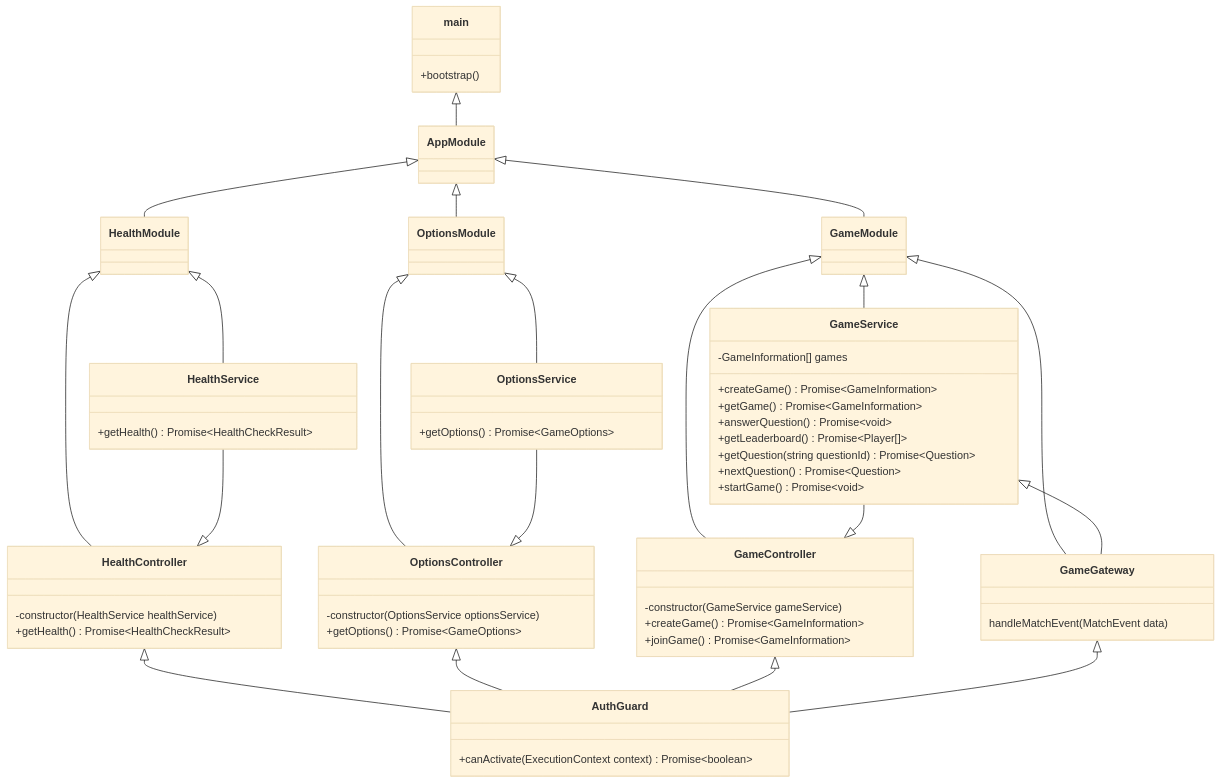
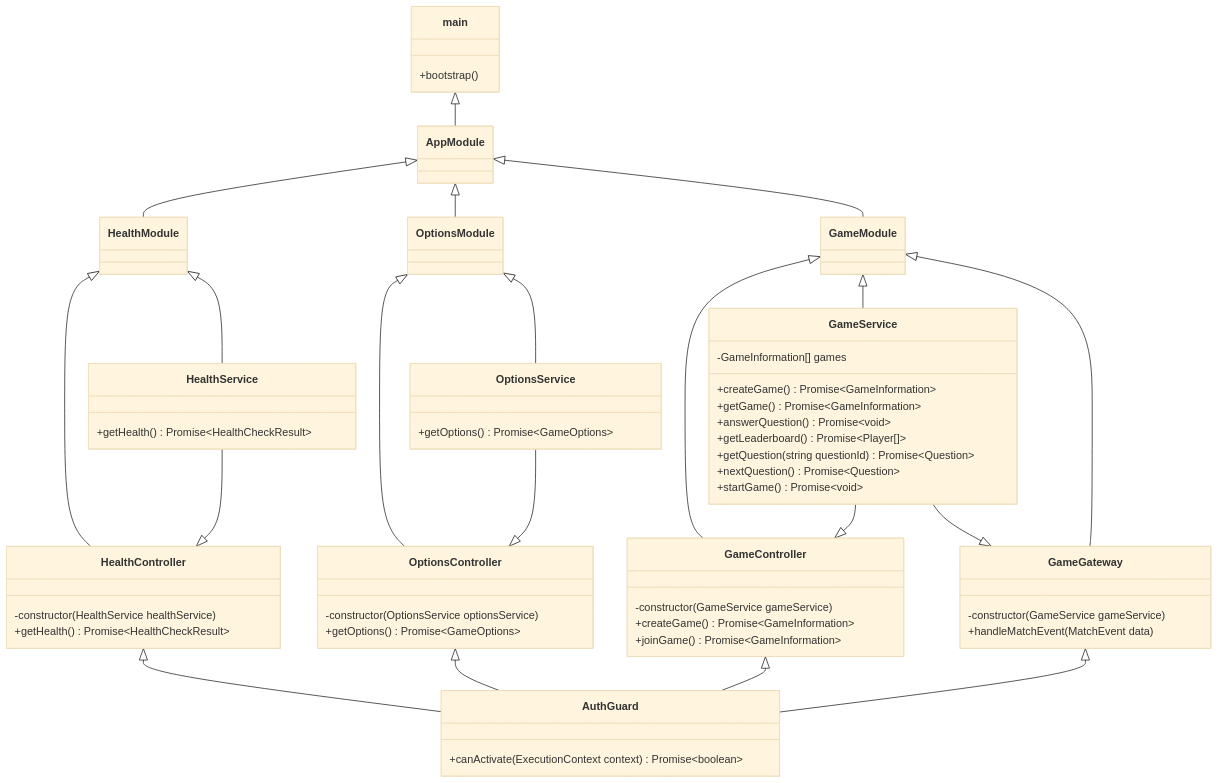
One commit to linusromlandITHS/Testing-and-TypeScript-Laboration-1 changed the diagram in docs/classDiagramAPI.md. Above: the diagram before and after it, drawn with Mermaid (base theme). The commit also changed 1 other file, not shown here.

Commit message:
Updated diagrams

````diff
--- a/docs/classDiagramAPI.md
+++ b/docs/classDiagramAPI.md
@@ -3,81 +3,82 @@
 ```mermaid
 classDiagram
     %% Startup function
     class main{
       +bootstrap()
     }
 
     %% Main Module
     class AppModule
 
     %% Guards
     class AuthGuard{
       +canActivate(ExecutionContext context) Promise~boolean~
     }
 
     class HealthModule
     class HealthController{
         -constructor(HealthService healthService)
         +getHealth() Promise~HealthCheckResult~
     }
     class HealthService{
         +getHealth() Promise~HealthCheckResult~
     }
 
     class OptionsModule
     class OptionsController{
         -constructor(OptionsService optionsService)
         +getOptions() Promise~GameOptions~
     }
     class OptionsService{
         +getOptions() Promise~GameOptions~
     }
 
     class GameModule
     class GameController{
         -constructor(GameService gameService)
         +createGame() Promise~GameInformation~
         +joinGame() Promise~GameInformation~
     }
     class GameGateway{
-        handleMatchEvent(MatchEvent data)
+        -constructor(GameService gameService)
+        +handleMatchEvent(MatchEvent data)
     }
     class GameService{
         -GameInformation[] games
         +createGame() Promise~GameInformation~
         +getGame() Promise~GameInformation~
         +answerQuestion() Promise~void~
         +getLeaderboard() Promise~Player[]~
         +getQuestion(string questionId) Promise~Question~
         +nextQuestion() Promise~Question~
         +startGame() Promise~void~
 
     }
 
     %% Relations
     main <|-- AppModule
     AppModule <|-- HealthModule
     AppModule <|-- OptionsModule
     AppModule <|-- GameModule
 
     HealthModule <|-- HealthController
     HealthModule <|-- HealthService
 
     HealthController <|-- AuthGuard
     HealthService --|> HealthController
 
     OptionsModule <|-- OptionsController
     OptionsModule <|-- OptionsService
 
     OptionsController <|-- AuthGuard
     OptionsService --|> OptionsController
 
     GameModule <|-- GameController
-    GameModule <|-- GameGateway
     GameModule <|-- GameService
 
     GameController <|-- AuthGuard
     GameGateway <|-- AuthGuard
-    GameService <|-- GameGateway
+    GameService --|> GameGateway
     GameService --|> GameController
+    GameModule <|-- GameGateway
 ```
````
